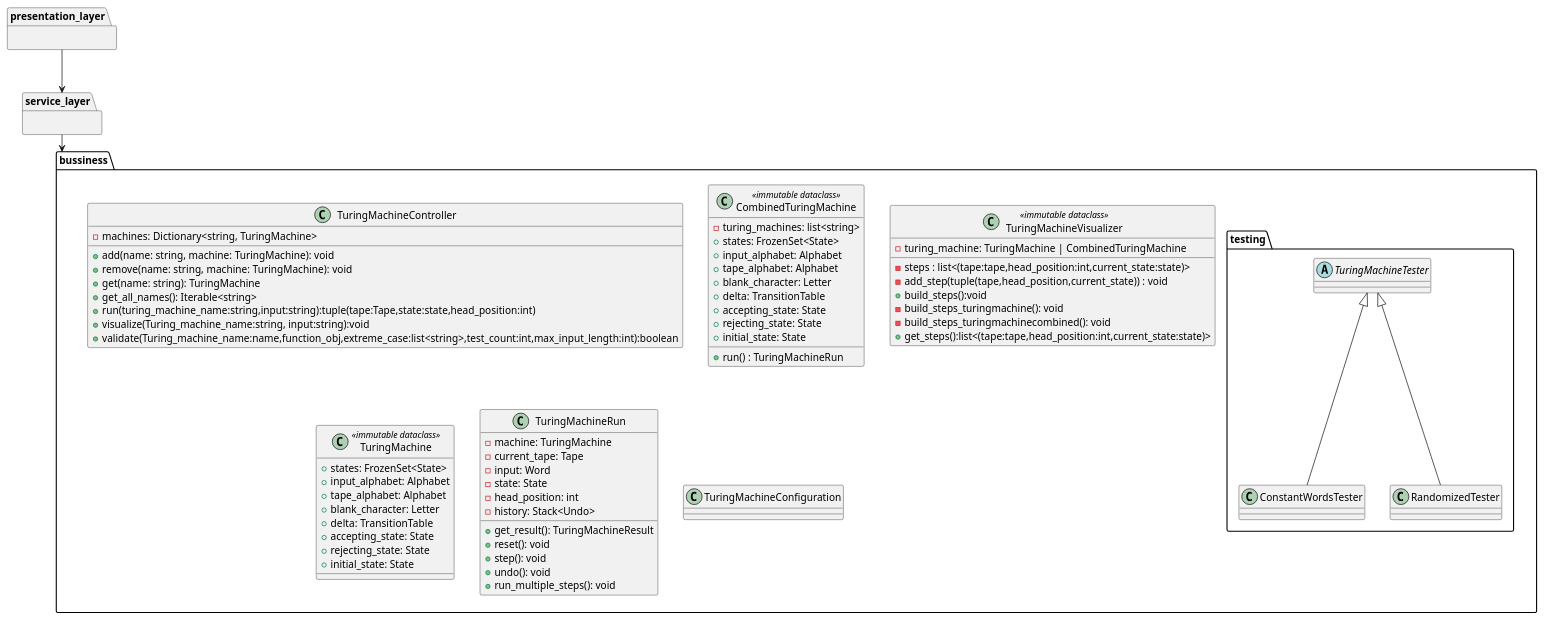
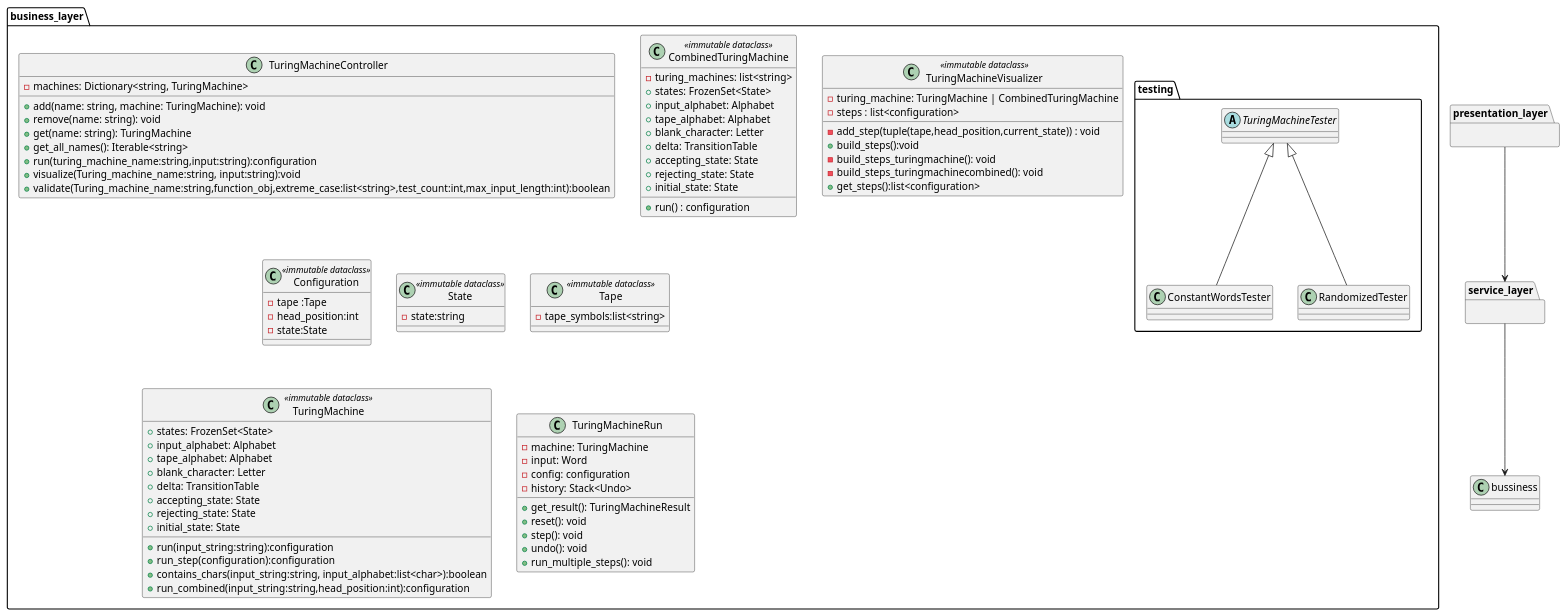
Before and after one commit to Turing-Machine-Tutor/Turing-Machine-Tutor: the diagram in docs/uml/bussiness_layer.puml, drawn with PlantUML.

Commit message:
updated turing machine controller class

```diff
--- a/docs/uml/bussiness_layer.puml
+++ b/docs/uml/bussiness_layer.puml
@@ -1,107 +1,121 @@
 @startuml
 
 
 
-package bussiness {
+package business_layer {
     class TuringMachineController {
         - machines: Dictionary<string, TuringMachine>
 
         + add(name: string, machine: TuringMachine): void
-        + remove(name: string, machine: TuringMachine): void
+        + remove(name: string): void
         + get(name: string): TuringMachine
         + get_all_names(): Iterable<string>
-        + run(turing_machine_name:string,input:string):tuple(tape:Tape,state:state,head_position:int)
+        + run(turing_machine_name:string,input:string):configuration
         +visualize(Turing_machine_name:string, input:string):void
-        +validate(Turing_machine_name:name,function_obj,extreme_case:list<string>,test_count:int,max_input_length:int):boolean
+        +validate(Turing_machine_name:string,function_obj,extreme_case:list<string>,test_count:int,max_input_length:int):boolean
 
     }
 
 
  class CombinedTuringMachine <<immutable dataclass>> {
         -turing_machines: list<string>
-        +run() : TuringMachineRun
+        +run() : configuration
         + states: FrozenSet<State>
         + input_alphabet: Alphabet
         + tape_alphabet: Alphabet
         + blank_character: Letter
         + delta: TransitionTable
         + accepting_state: State
         + rejecting_state: State
         + initial_state: State
 
     }
 
 
      class TuringMachineVisualizer <<immutable dataclass>> {
         -turing_machine: TuringMachine | CombinedTuringMachine
-        -steps : list<(tape:tape,head_position:int,current_state:state)>
+        -steps : list<configuration>
         -add_step(tuple(tape,head_position,current_state)) : void
         +build_steps():void
         -build_steps_turingmachine(): void
         -build_steps_turingmachinecombined(): void
-        +get_steps():list<(tape:tape,head_position:int,current_state:state)>
+        +get_steps():list<configuration>
+    }
+
+    class Configuration <<immutable dataclass>> {
+       -tape :Tape
+       -head_position:int
+       -state:State
+    }
+
+       class State <<immutable dataclass>> {
+        -state:string
+    }
+
+      class Tape <<immutable dataclass>> {
+        -tape_symbols:list<string>
     }
 
     class TuringMachine <<immutable dataclass>> {
         + states: FrozenSet<State>
         + input_alphabet: Alphabet
         + tape_alphabet: Alphabet
         + blank_character: Letter
         + delta: TransitionTable
         + accepting_state: State
         + rejecting_state: State
         + initial_state: State
+        +run(input_string:string):configuration
+        +run_step(configuration):configuration
+        +contains_chars(input_string:string, input_alphabet:list<char>):boolean
+        +run_combined(input_string:string,head_position:int):configuration
 
     }
 
     class TuringMachineRun {
        - machine: TuringMachine
-       - current_tape: Tape
        - input: Word
-       - state: State
-       - head_position: int
+       - config: configuration
        - history: Stack<Undo>
 
        + get_result(): TuringMachineResult
        + reset(): void
        + step(): void
        + undo(): void
        + run_multiple_steps(): void
     }
 
-    class TuringMachineConfiguration {
 
-    }
 
 package testing {
     abstract class TuringMachineTester {
 
     }
 
     class ConstantWordsTester {
 
     }
 
     class RandomizedTester {
 
     }
 
     ConstantWordsTester -u-|> TuringMachineTester
     RandomizedTester -u-|> TuringMachineTester
 
     }
 }
 
 
 package service_layer {
 
 }
 
 package presentation_layer {
 
 }
 
 service_layer -d-> bussiness
 presentation_layer -d-> service_layer
 
 @enduml
```
